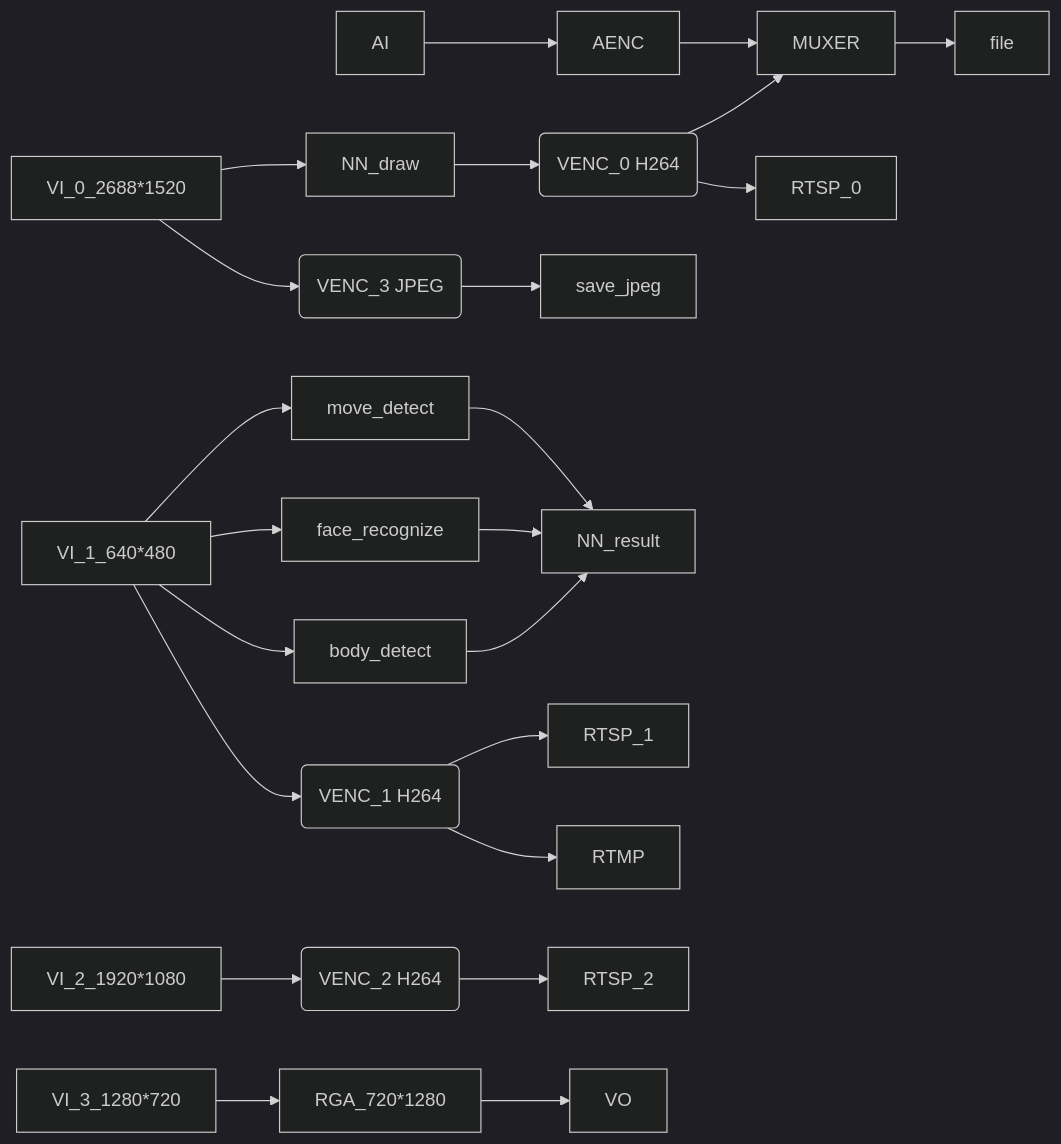
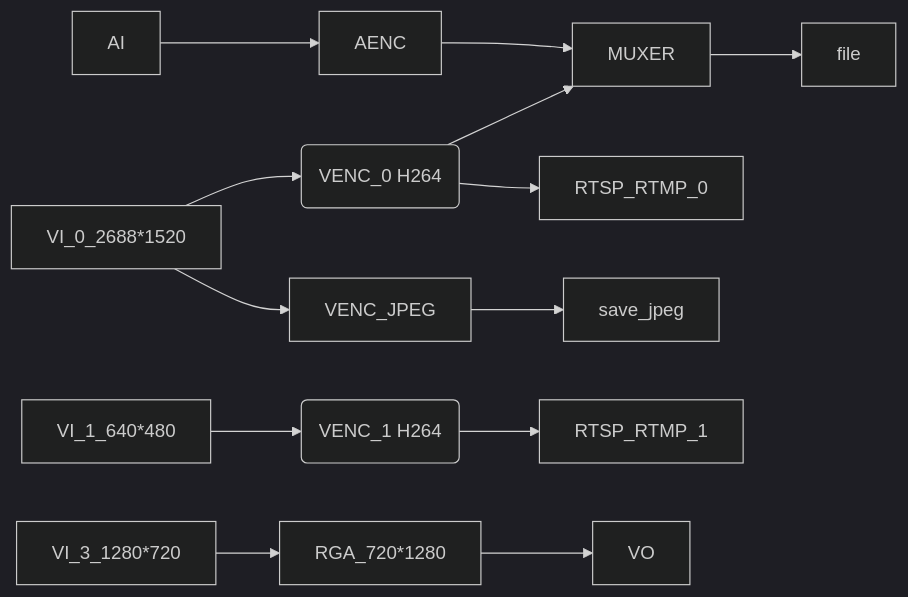
The ninth of 14 diagrams in rv1106-sdk/project/app/rkipc/rkipc/docs/Rockchip_Developer_Guide_Linux_RKIPC_CN.md (CHENXiNNNX/Smart_Glasses_SDK), drawn with Mermaid (dark theme) before and after one commit. The commit also changed other lines of this file and 21123 other files, not shown here.

````diff
--- a/rv1106-sdk/project/app/rkipc/rkipc/docs/Rockchip_Developer_Guide_Linux_RKIPC_CN.md
+++ b/rv1106-sdk/project/app/rkipc/rkipc/docs/Rockchip_Developer_Guide_Linux_RKIPC_CN.md
@@ -212,17 +241,9 @@
 ```mermaid
 graph LR
 	AI-->AENC-->MUXER-->file
-	VI_0[VI_0_2688*1520]-->NN_draw-->VENC_0(VENC_0 H264)-->RTSP_0
+	VI_0[VI_0_2688*1520]-->VENC_0(VENC_0 H264)-->RTSP_RTMP_0
 	VENC_0(VENC_0 H264)-->MUXER
-	VI_0-->VENC_3(VENC_3 JPEG)-->save_jpeg
-
-	VI_1[VI_1_640*480]-->move_detect-->NN_result
-	VI_1-->face_recognize-->NN_result
-	VI_1-->body_detect-->NN_result
-	VI_1-->VENC_1(VENC_1 H264)-->RTSP_1
-	VENC_1(VENC_1 H264)-->RTMP
-
-	VI_2[VI_2_1920*1080]-->VENC_2(VENC_2 H264)-->RTSP_2
-
+	VI_0-->VENC_JPEG-->save_jpeg
+	VI_1[VI_1_640*480]-->VENC_1(VENC_1 H264)-->RTSP_RTMP_1
 	VI_3[VI_3_1280*720]-->RGA_720*1280-->VO
 ```
````
